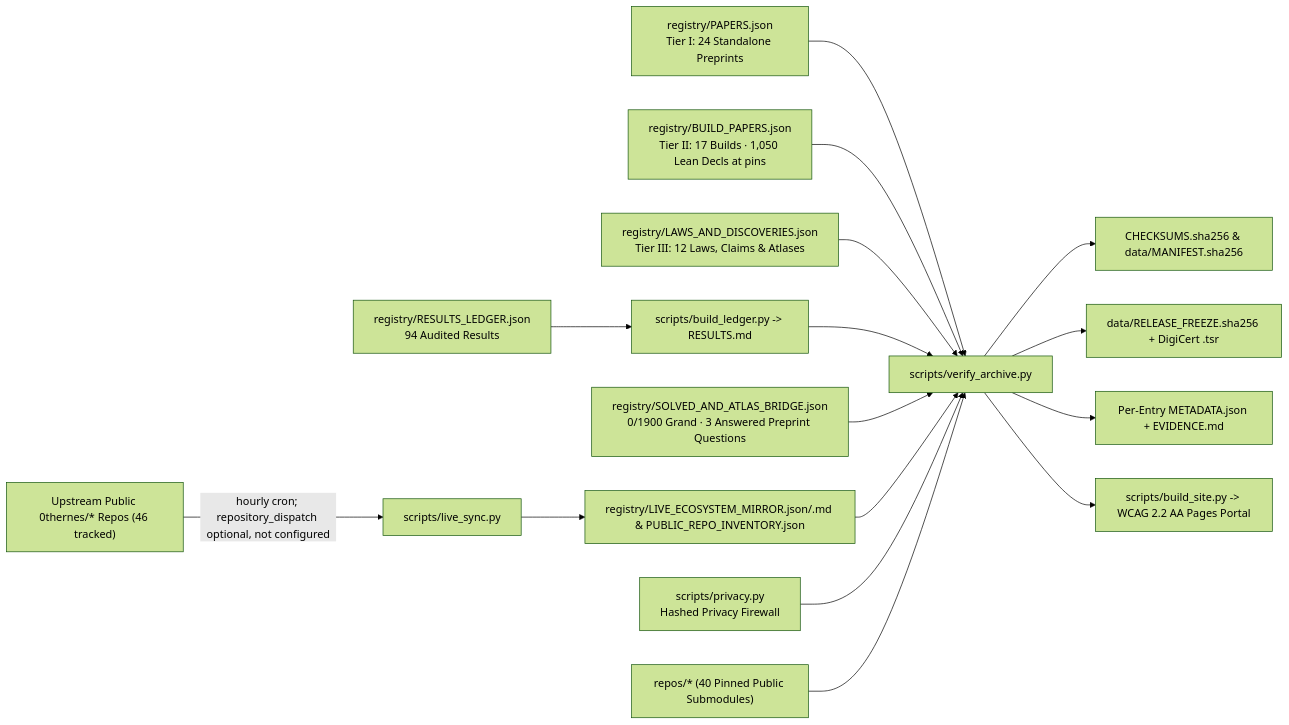
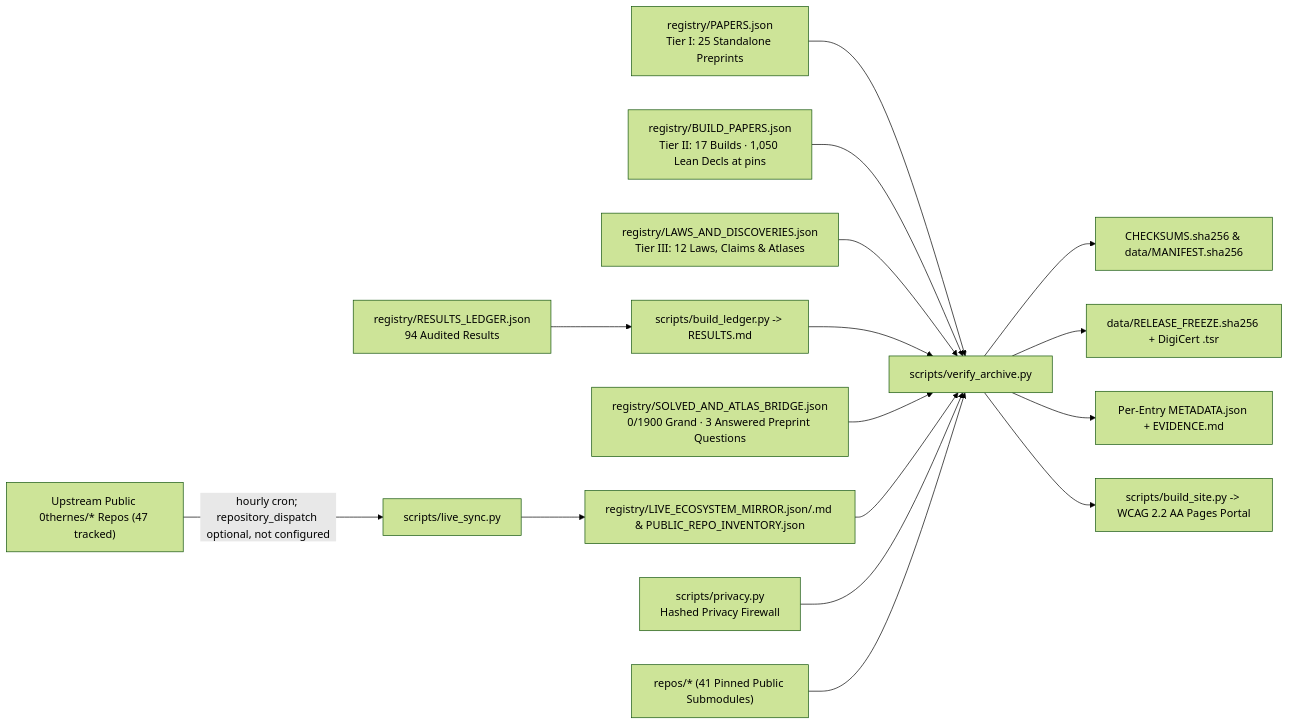
Before and after one commit to 0thernes/0thernes-research-archive: the diagram in docs/architecture.md, drawn with Mermaid (forest theme). The commit also changed other lines of this file and 18 other files, not shown here.

````diff
--- a/docs/architecture.md
+++ b/docs/architecture.md
@@ -5,18 +5,18 @@
 ```mermaid
 flowchart LR
-    UP["Upstream Public 0thernes/* Repos (46 tracked)"] -->|hourly cron; repository_dispatch optional, not configured| LS["scripts/live_sync.py"]
-    R1["registry/PAPERS.json<br/>Tier I: 24 Standalone Preprints"] --> V["scripts/verify_archive.py"]
+    UP["Upstream Public 0thernes/* Repos (47 tracked)"] -->|hourly cron; repository_dispatch optional, not configured| LS["scripts/live_sync.py"]
+    R1["registry/PAPERS.json<br/>Tier I: 25 Standalone Preprints"] --> V["scripts/verify_archive.py"]
     R2["registry/BUILD_PAPERS.json<br/>Tier II: 17 Builds · 1,050 Lean Decls at pins"] --> V
     R3["registry/LAWS_AND_DISCOVERIES.json<br/>Tier III: 12 Laws, Claims & Atlases"] --> V
     RL["registry/RESULTS_LEDGER.json<br/>94 Audited Results"] --> BL["scripts/build_ledger.py -> RESULTS.md"]
     BL --> V
     BR["registry/SOLVED_AND_ATLAS_BRIDGE.json<br/>0/1900 Grand · 3 Answered Preprint Questions"] --> V
     LS --> LM["registry/LIVE_ECOSYSTEM_MIRROR.json/.md & PUBLIC_REPO_INVENTORY.json"]
     LM --> V
     PR["scripts/privacy.py<br/>Hashed Privacy Firewall"] --> V
-    S["repos/* (40 Pinned Public Submodules)"] --> V
+    S["repos/* (41 Pinned Public Submodules)"] --> V
     V --> C["CHECKSUMS.sha256 & data/MANIFEST.sha256"]
     V --> FZ["data/RELEASE_FREEZE.sha256 + DigiCert .tsr"]
     V --> D["Per-Entry METADATA.json + EVIDENCE.md"]
     V --> P["scripts/build_site.py -> WCAG 2.2 AA Pages Portal"]
 ```
````
